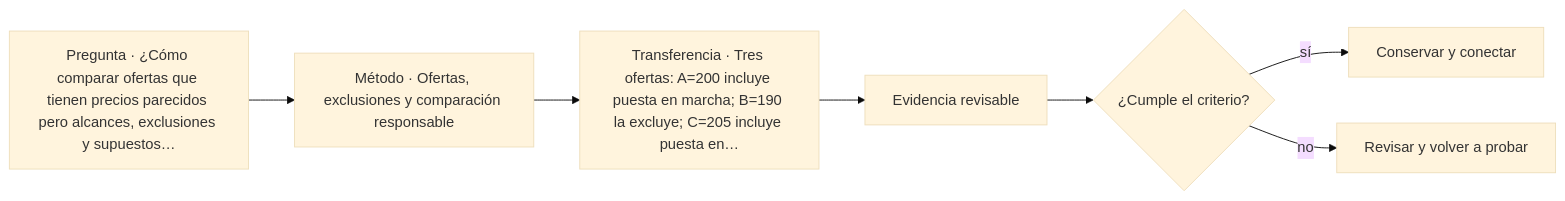
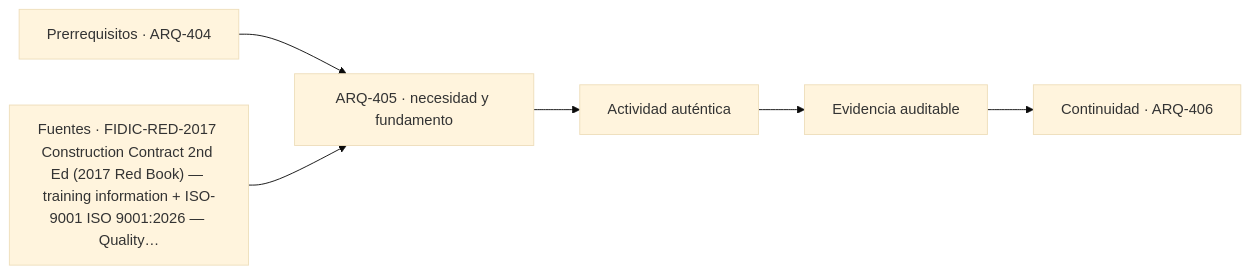
Before and after one commit to vladimiracunadev-create/architecture-built-environment-learning-program: the diagram in classes/parte-41/ARQ-405.md, drawn with Mermaid (base theme). The commit also changed other lines of this file and 761 other files, not shown here.

````diff
--- a/classes/parte-41/ARQ-405.md
+++ b/classes/parte-41/ARQ-405.md
@@ -91,9 +103,8 @@
 ```mermaid
 flowchart LR
-    Q["Pregunta · ¿Cómo comparar ofertas que tienen precios parecidos pero alcances, exclusiones y supuestos…"] --> M["Método · Ofertas, exclusiones y comparación responsable"]
-    M --> P["Transferencia · Tres ofertas: A=200 incluye puesta en marcha; B=190 la excluye; C=205 incluye puesta en…"]
-    P --> E["Evidencia revisable"]
-    E --> C{"¿Cumple el criterio?"}
-    C -->|sí| T["Conservar y conectar"]
-    C -->|no| R["Revisar y volver a probar"]
+    A["Prerrequisitos · ARQ-404"] --> B["ARQ-405 · necesidad y fundamento"]
+    S["Fuentes · FIDIC-RED-2017 Construction Contract 2nd Ed (2017 Red Book) — training information + ISO-9001 ISO 9001:2026 — Quality…"] --> B
+    B --> C["Actividad auténtica"]
+    C --> D["Evidencia auditable"]
+    D --> E["Continuidad · ARQ-406"]
 ```
````
